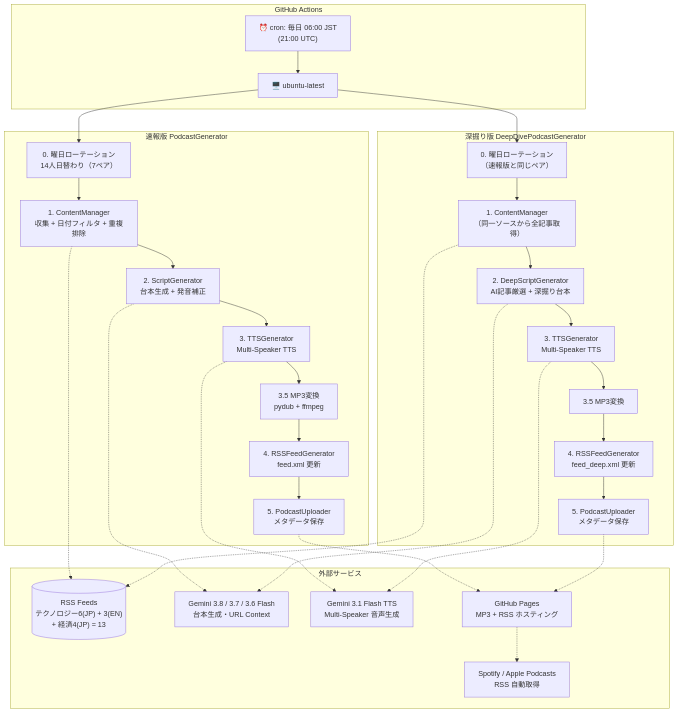
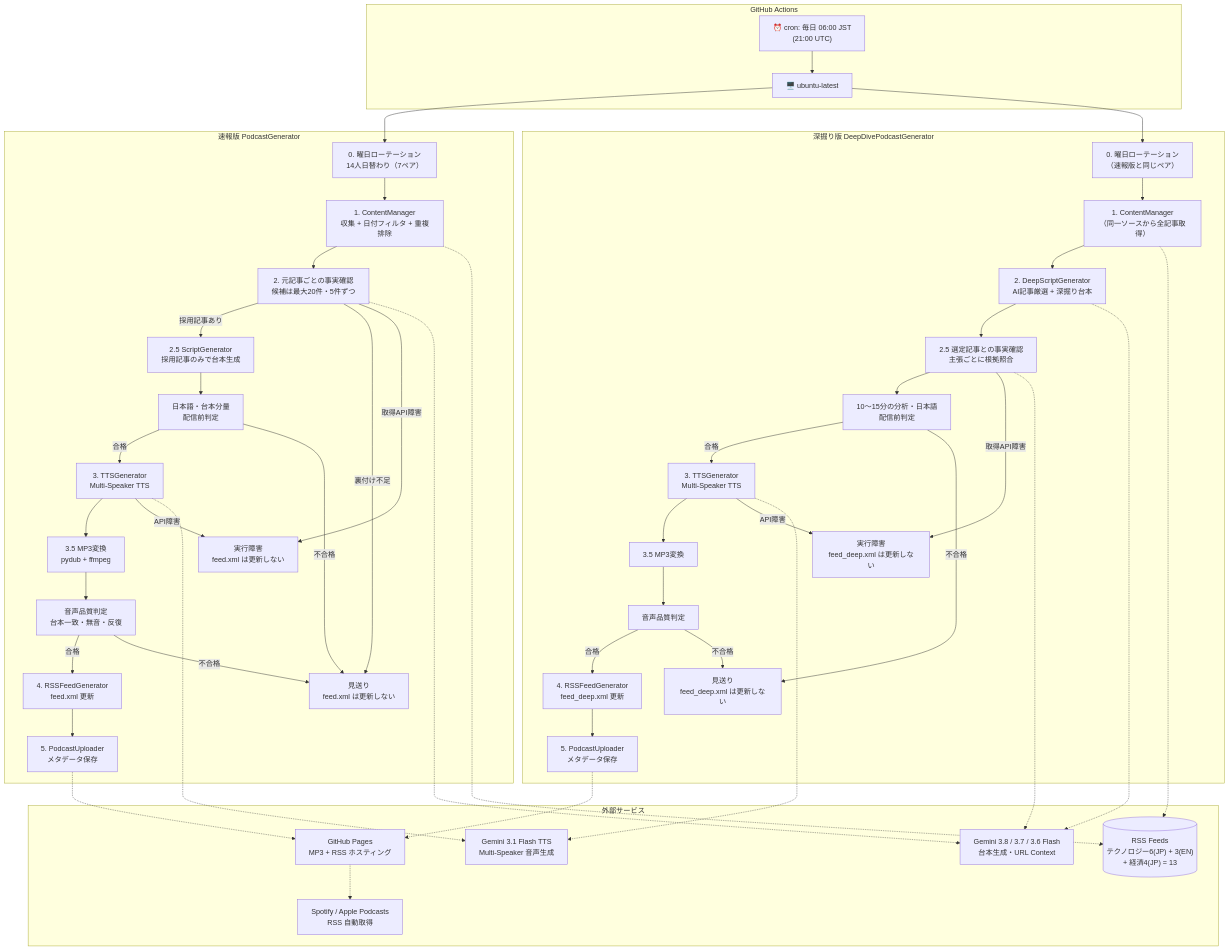
The first of 4 diagrams in docs/HLD.md (necoha/auto-podcast), drawn with Mermaid before and after one commit. The commit also changed other lines of this file and 2 other files, not shown here.

````diff
--- a/docs/HLD.md
+++ b/docs/HLD.md
@@ -10,52 +12,77 @@
 ```mermaid
 flowchart TD
     subgraph CI["GitHub Actions"]
         Cron["⏰ cron: 毎日 06:00 JST<br/>(21:00 UTC)"]
         Runner["🖥️ ubuntu-latest"]
     end
 
     subgraph Speed["速報版 PodcastGenerator"]
         ROT["0. 曜日ローテーション<br/>14人日替わり（7ペア）"]
         CM["1. ContentManager<br/>収集 + 日付フィルタ + 重複排除"]
-        SG["2. ScriptGenerator<br/>台本生成 + 発音補正"]
+        SR["2. 元記事ごとの事実確認<br/>候補は最大20件・5件ずつ"]
+        GATE["日本語・台本分量<br/>配信前判定"]
+        SG["2.5 ScriptGenerator<br/>採用記事のみで台本生成"]
         TTS["3. TTSGenerator<br/>Multi-Speaker TTS"]
         MP3["3.5 MP3変換<br/>pydub + ffmpeg"]
+        AUDIO["音声品質判定<br/>台本一致・無音・反復"]
         RGEN["4. RSSFeedGenerator<br/>feed.xml 更新"]
         UP["5. PodcastUploader<br/>メタデータ保存"]
+        SKIP["見送り<br/>feed.xml は更新しない"]
+        FAIL["実行障害<br/>feed.xml は更新しない"]
     end
 
     subgraph Deep["深掘り版 DeepDivePodcastGenerator"]
         ROT2["0. 曜日ローテーション<br/>（速報版と同じペア）"]
         CM2["1. ContentManager<br/>（同一ソースから全記事取得）"]
         DSG["2. DeepScriptGenerator<br/>AI記事厳選 + 深掘り台本"]
+        SR2["2.5 選定記事との事実確認<br/>主張ごとに根拠照合"]
+        GATE2["10〜15分の分析・日本語<br/>配信前判定"]
         TTS2["3. TTSGenerator<br/>Multi-Speaker TTS"]
         MP3_2["3.5 MP3変換"]
+        AUDIO2["音声品質判定"]
         RGEN2["4. RSSFeedGenerator<br/>feed_deep.xml 更新"]
         UP2["5. PodcastUploader<br/>メタデータ保存"]
+        SKIP2["見送り<br/>feed_deep.xml は更新しない"]
+        FAIL2["実行障害<br/>feed_deep.xml は更新しない"]
     end
 
     subgraph External["外部サービス"]
         RSS[("RSS Feeds<br/>テクノロジー6(JP) + 3(EN)<br/>+ 経済4(JP) = 13")]
         GeminiLLM["Gemini 3.8 / 3.7 / 3.6 Flash<br/>台本生成・URL Context"]
         GeminiTTS["Gemini 3.1 Flash TTS<br/>Multi-Speaker 音声生成"]
         GHP["GitHub Pages<br/>MP3 + RSS ホスティング"]
         Spotify["Spotify / Apple Podcasts<br/>RSS 自動取得"]
     end
 
     Cron --> Runner
     Runner --> ROT --> CM
-    CM --> SG --> TTS --> MP3 --> RGEN --> UP
+    CM --> SR
+    SR -->|採用記事あり| SG --> GATE
+    SR -->|裏付け不足| SKIP
+    SR -->|取得API障害| FAIL
+    GATE -->|合格| TTS --> MP3 --> AUDIO
+    GATE -->|不合格| SKIP
+    TTS -->|API障害| FAIL
+    AUDIO -->|合格| RGEN --> UP
+    AUDIO -->|不合格| SKIP
 
     Runner --> ROT2 --> CM2
-    CM2 --> DSG --> TTS2 --> MP3_2 --> RGEN2 --> UP2
+    CM2 --> DSG --> SR2 --> GATE2
+    GATE2 -->|合格| TTS2 --> MP3_2 --> AUDIO2
+    GATE2 -->|不合格| SKIP2
+    SR2 -->|取得API障害| FAIL2
+    TTS2 -->|API障害| FAIL2
+    AUDIO2 -->|合格| RGEN2 --> UP2
+    AUDIO2 -->|不合格| SKIP2
 
     CM -.-> RSS
     CM2 -.-> RSS
-    SG -.-> GeminiLLM
+    SR -.-> GeminiLLM
     DSG -.-> GeminiLLM
+    SR2 -.-> GeminiLLM
     TTS -.-> GeminiTTS
     TTS2 -.-> GeminiTTS
     UP -.-> GHP
     UP2 -.-> GHP
     GHP -.-> Spotify
 ```
````
